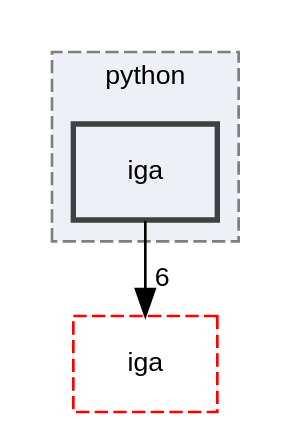
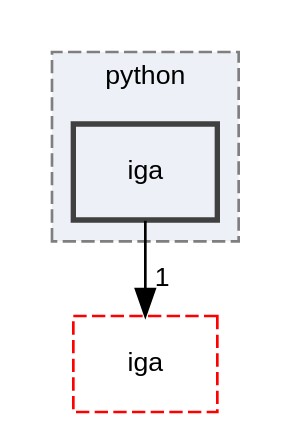
One commit to rath3t/dune-iga-doc changed the diagram in dir_4df0bd6c9c69aa67512ad22eda882a96_dep.dot. Above: the diagram before and after it, drawn with Graphviz. The commit also changed 1230 other files, not shown here.

```diff
--- a/dir_4df0bd6c9c69aa67512ad22eda882a96_dep.dot
+++ b/dir_4df0bd6c9c69aa67512ad22eda882a96_dep.dot
@@ -1,13 +1,13 @@
 digraph "iga"
 {
  // LATEX_PDF_SIZE
   edge [fontname="Helvetica",fontsize="10",labelfontname="Helvetica",labelfontsize="10"];
   node [fontname="Helvetica",fontsize="10",shape=record];
   compound=true
   subgraph clusterdir_e42d0074801678c644b0e137d50ef233 {
     graph [ bgcolor="#edf0f7", pencolor="grey50", style="filled,dashed,", label="python", fontname="Helvetica", fontsize="10", URL="dir_e42d0074801678c644b0e137d50ef233.html"]
   dir_4df0bd6c9c69aa67512ad22eda882a96 [shape=box, label="iga", style="filled,bold,", fillcolor="#edf0f7", color="grey25", URL="dir_4df0bd6c9c69aa67512ad22eda882a96.html"];
   }
   dir_d2a3c23294a1b1015b1b8e8721ddded8 [shape=box, label="iga", style="dashed,", fillcolor="#edf0f7", color="red", URL="dir_d2a3c23294a1b1015b1b8e8721ddded8.html"];
-  dir_4df0bd6c9c69aa67512ad22eda882a96->dir_d2a3c23294a1b1015b1b8e8721ddded8 [headlabel="6", labeldistance=1.5 headhref="dir_000007_000006.html"];
+  dir_4df0bd6c9c69aa67512ad22eda882a96->dir_d2a3c23294a1b1015b1b8e8721ddded8 [headlabel="1", labeldistance=1.5 headhref="dir_000007_000006.html"];
 }
```
